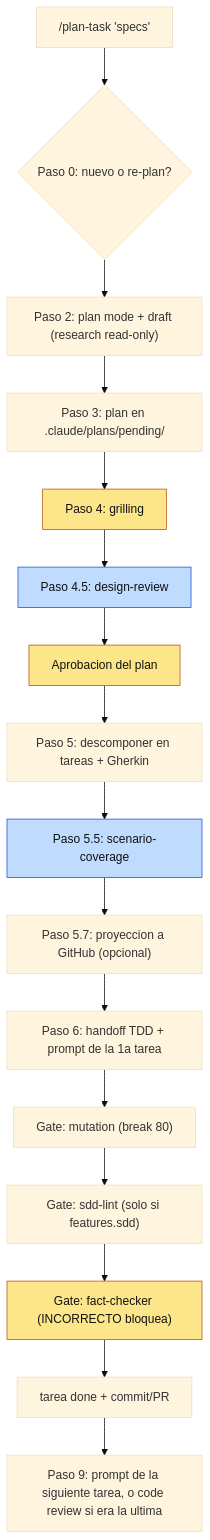
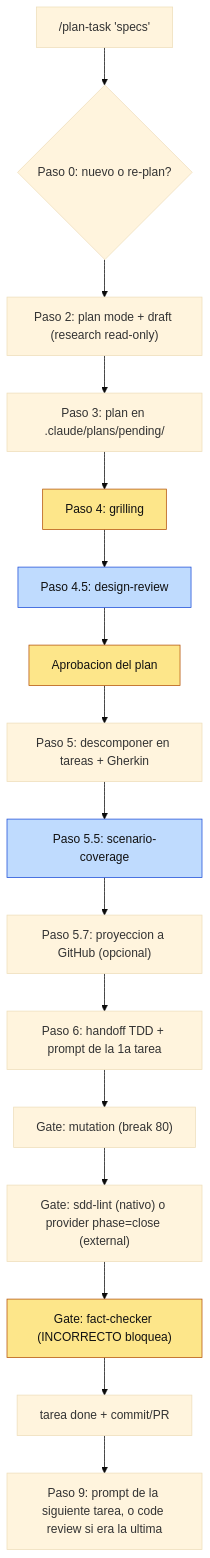
The diagram in task-pipeline/docs/flujo-del-pipeline.md (drossan/claude-plugins), drawn with Mermaid (base theme) before and after one commit. The commit also changed other lines of this file and 14 other files, not shown here.

````diff
--- a/task-pipeline/docs/flujo-del-pipeline.md
+++ b/task-pipeline/docs/flujo-del-pipeline.md
@@ -20,23 +20,23 @@
 ```mermaid
 flowchart TD
     A["/plan-task 'specs'"] --> P0{"Paso 0: nuevo o re-plan?"}
     P0 --> P2["Paso 2: plan mode + draft (research read-only)"]
     P2 --> P3["Paso 3: plan en .claude/plans/pending/"]
     P3 --> G["Paso 4: grilling"]
     G --> DR["Paso 4.5: design-review"]
     DR --> AP["Aprobacion del plan"]
     AP --> P5["Paso 5: descomponer en tareas + Gherkin"]
     P5 --> SC["Paso 5.5: scenario-coverage"]
     SC --> P57["Paso 5.7: proyeccion a GitHub (opcional)"]
     P57 --> HO["Paso 6: handoff TDD + prompt de la 1a tarea"]
     HO --> M["Gate: mutation (break 80)"]
-    M --> SL["Gate: sdd-lint (solo si features.sdd)"]
+    M --> SL["Gate: sdd-lint (nativo) o provider phase=close (external)"]
     SL --> FC["Gate: fact-checker (INCORRECTO bloquea)"]
     FC --> DONE["tarea done + commit/PR"]
     DONE --> P9["Paso 9: prompt de la siguiente tarea, o code review si era la ultima"]
 
     classDef human fill:#fde68a,stroke:#b45309,color:#111
     classDef agent fill:#bfdbfe,stroke:#1d4ed8,color:#111
     class G,AP,FC human
     class DR,SC agent
 ```
````
